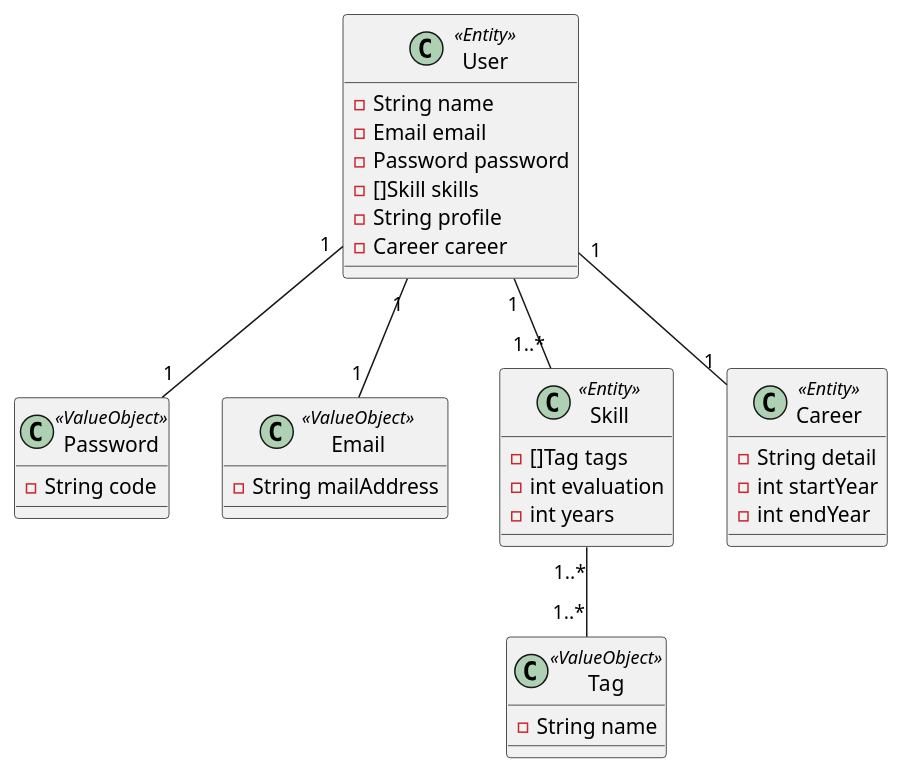
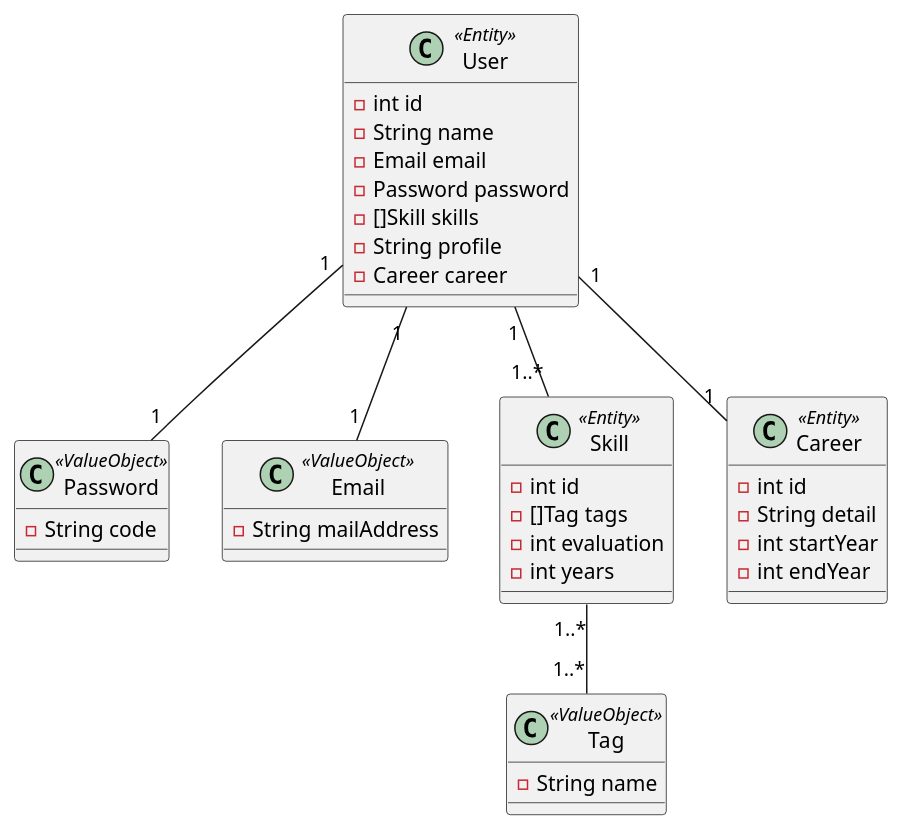
One commit to snow1218kei/architecture-study changed the diagram in plantuml.pu. Above: the diagram before and after it, drawn with PlantUML.

Commit message:
idを追加する

```diff
--- a/plantuml.pu
+++ b/plantuml.pu
@@ -1,42 +1,45 @@
 @startuml
 
 class User << Entity >> {
+ - int id
  - String name
  - Email email
  - Password password
  - []Skill skills
  - String profile
  - Career career
 }
 
 class Password << ValueObject >> {
  - String code
 }
 
 class Email << ValueObject >> {
  - String mailAddress
 }
 
 class Skill << Entity >> {
+ - int id
  - []Tag tags
  - int evaluation
  - int years
 }
 
 class Tag << ValueObject >> {
  - String name 
 }
 
 class Career << Entity >> {
+ - int id
  - String detail
  - int startYear
  - int endYear
 }
 
 User "1" -- "1" Email
 User "1" -- "1" Password
 User "1" -- "1" Career
 User "1" -- "1..*" Skill
 Skill "1..*" -- "1..*" Tag
 
 @enduml
```
